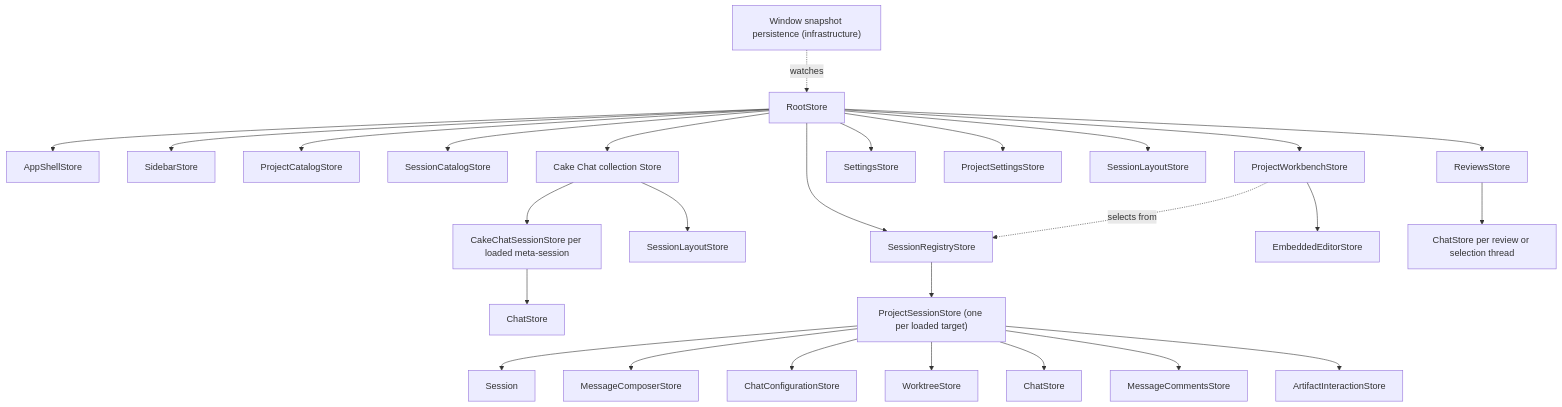
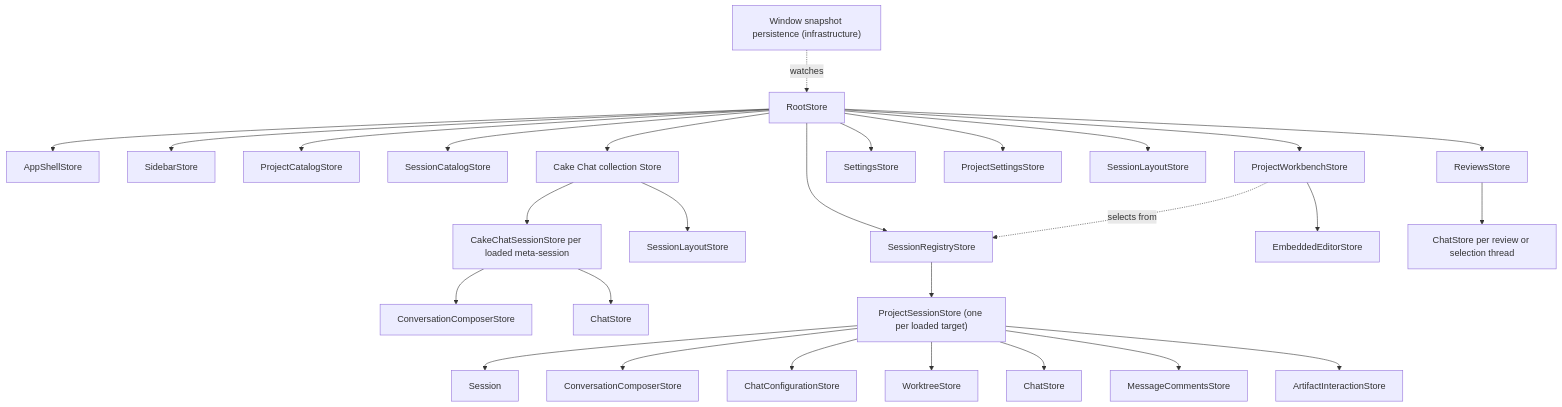
The diagram in docs/architecture/cake-architecture.md (melnikov-s/cake), drawn with Mermaid before and after one commit. The commit also changed 26 other files, not shown here.

````diff
--- a/docs/architecture/cake-architecture.md
+++ b/docs/architecture/cake-architecture.md
@@ -419,29 +419,30 @@
 ```mermaid
 flowchart TD
   Root["RootStore"] --> Shell["AppShellStore"]
   Root --> Sidebar["SidebarStore"]
   Root --> Projects["ProjectCatalogStore"]
   Root --> Catalog["SessionCatalogStore"]
   Root --> Registry["SessionRegistryStore"]
   Root --> Workbench["ProjectWorkbenchStore"]
   Root --> CakeChat["Cake Chat collection Store"]
   CakeChat --> CakeLayout["SessionLayoutStore"]
   CakeChat --> CakeSession["CakeChatSessionStore per loaded meta-session"]
+  CakeSession --> CakeComposer["ConversationComposerStore"]
   CakeSession --> MetaChat["ChatStore"]
   Root --> Settings["SettingsStore"]
   Root --> ProjectSettings["ProjectSettingsStore"]
   Persistence["Window snapshot persistence (infrastructure)"] -. watches .-> Root
   Workbench -. selects from .-> Registry
   Root --> Layout["SessionLayoutStore"]
   Workbench --> IDE["EmbeddedEditorStore"]
   Registry --> Session["ProjectSessionStore (one per loaded target)"]
   Session --> Model["Session"]
-  Session --> Composer["MessageComposerStore"]
+  Session --> Composer["ConversationComposerStore"]
   Session --> Config["ChatConfigurationStore"]
   Session --> Worktree["WorktreeStore"]
   Session --> Chat["ChatStore"]
   Session --> Comments["MessageCommentsStore"]
   Session --> Artifacts["ArtifactInteractionStore"]
   Root --> Reviews["ReviewsStore"]
   Reviews --> ThreadChats["ChatStore per review or selection thread"]
 ```
````
